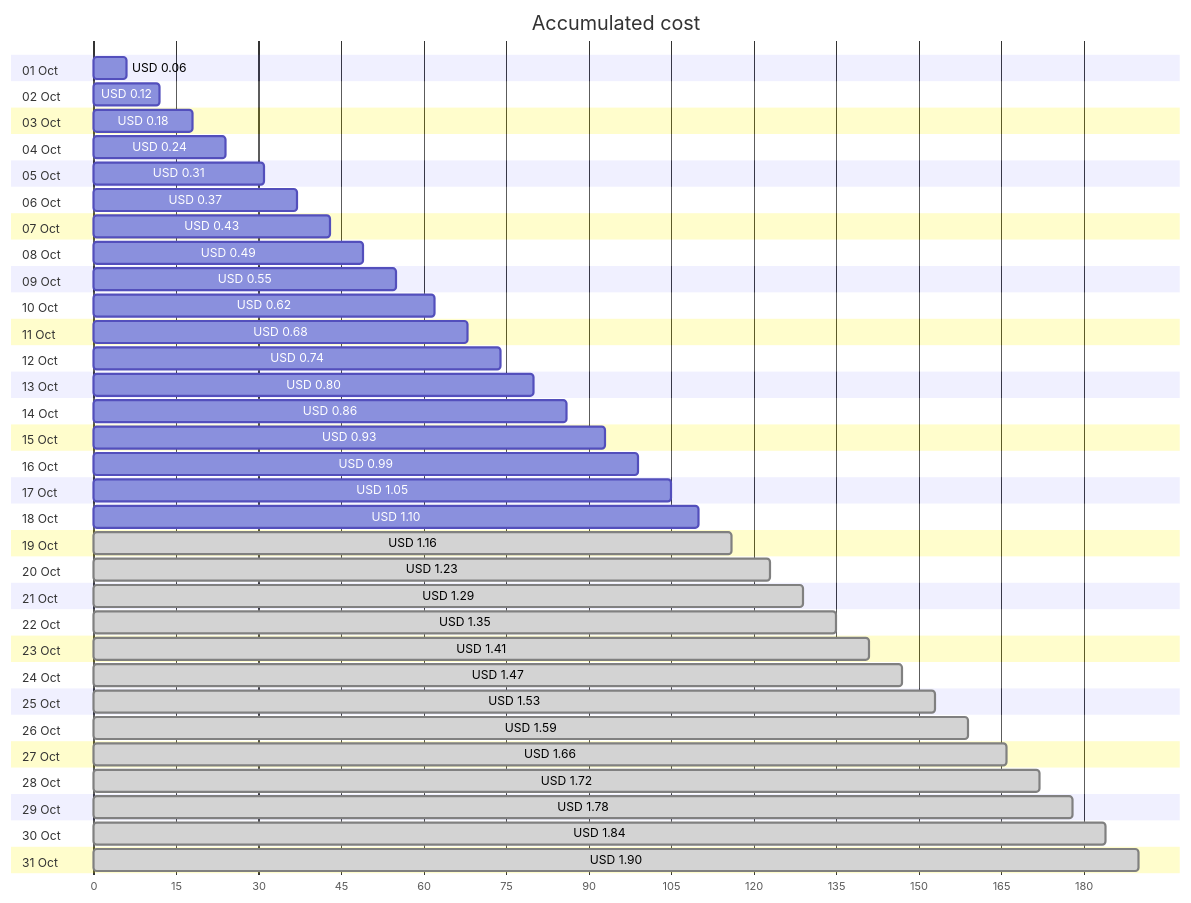
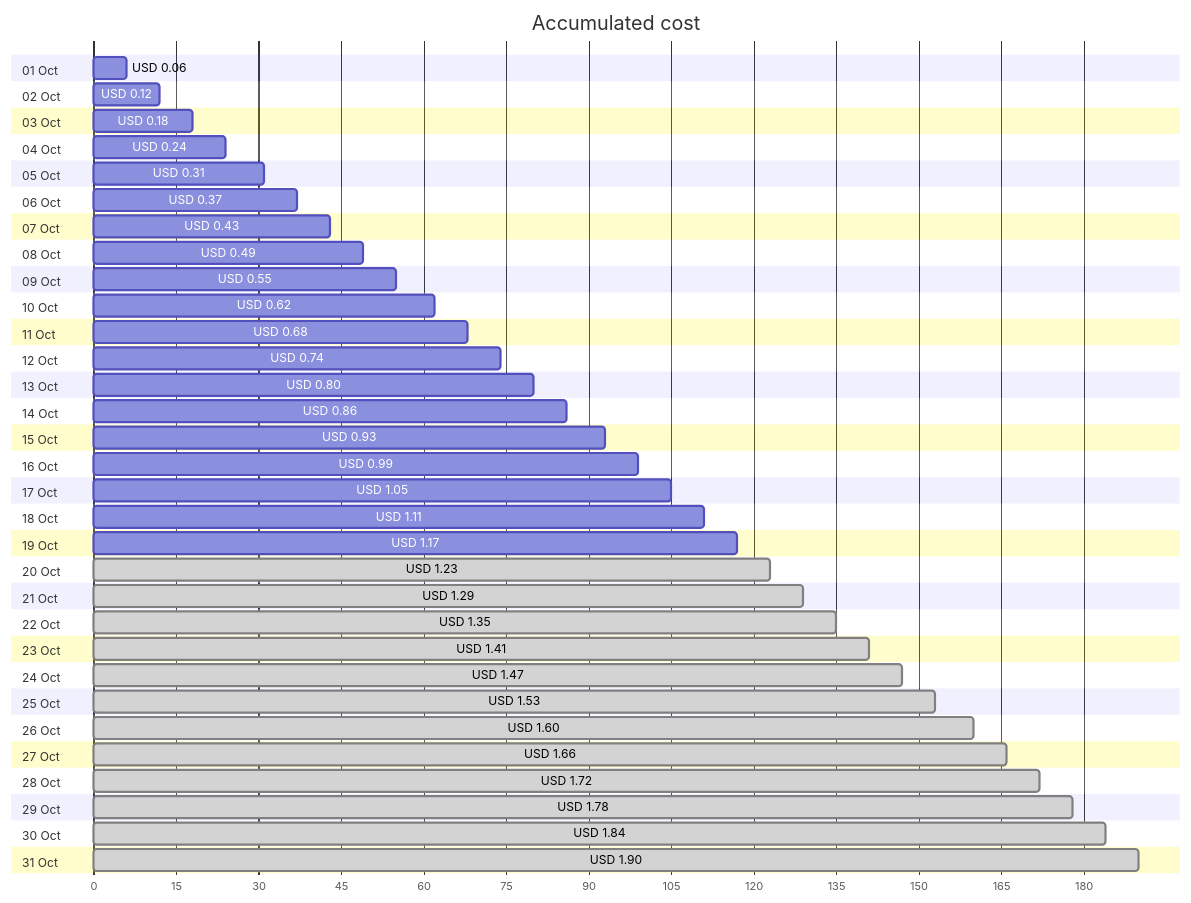
The first of 4 diagrams in cost-reports/personal-network/backup-server_OsDisk.md (jpfulton/azure-personal-reports), drawn with Mermaid before and after one commit. The commit also changed other lines of this file and 8 other files, not shown here.

````diff
--- a/cost-reports/personal-network/backup-server_OsDisk.md
+++ b/cost-reports/personal-network/backup-server_OsDisk.md
@@ -20,68 +20,68 @@
 ```mermaid
 gantt
    title Accumulated cost
    dateFormat  X
    axisFormat %s
    section 01 Oct
    USD 0.06 :0, 6
    section 02 Oct
    USD 0.12 :0, 12
    section 03 Oct
    USD 0.18 :0, 18
    section 04 Oct
    USD 0.24 :0, 24
    section 05 Oct
    USD 0.31 :0, 31
    section 06 Oct
    USD 0.37 :0, 37
    section 07 Oct
    USD 0.43 :0, 43
    section 08 Oct
    USD 0.49 :0, 49
    section 09 Oct
    USD 0.55 :0, 55
    section 10 Oct
    USD 0.62 :0, 62
    section 11 Oct
    USD 0.68 :0, 68
    section 12 Oct
    USD 0.74 :0, 74
    section 13 Oct
    USD 0.80 :0, 80
    section 14 Oct
    USD 0.86 :0, 86
    section 15 Oct
    USD 0.93 :0, 93
    section 16 Oct
    USD 0.99 :0, 99
    section 17 Oct
    USD 1.05 :0, 105
    section 18 Oct
-   USD 1.10 :0, 110
+   USD 1.11 :0, 111
    section 19 Oct
-   USD 1.16 : done, 0, 116
+   USD 1.17 :0, 117
    section 20 Oct
    USD 1.23 : done, 0, 123
    section 21 Oct
    USD 1.29 : done, 0, 129
    section 22 Oct
    USD 1.35 : done, 0, 135
    section 23 Oct
    USD 1.41 : done, 0, 141
    section 24 Oct
    USD 1.47 : done, 0, 147
    section 25 Oct
    USD 1.53 : done, 0, 153
    section 26 Oct
-   USD 1.59 : done, 0, 159
+   USD 1.60 : done, 0, 160
    section 27 Oct
    USD 1.66 : done, 0, 166
    section 28 Oct
    USD 1.72 : done, 0, 172
    section 29 Oct
    USD 1.78 : done, 0, 178
    section 30 Oct
    USD 1.84 : done, 0, 184
    section 31 Oct
    USD 1.90 : done, 0, 190
 ```
````
